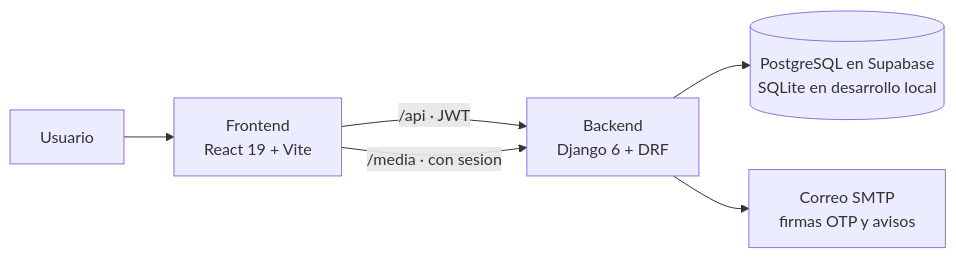
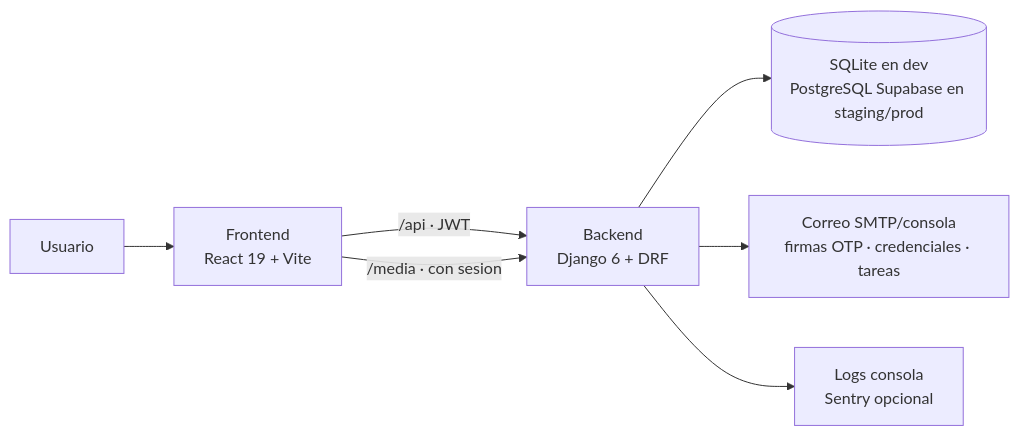
One commit to ColoradoDevv/proyecto-formativo-sagi changed the first of 4 diagrams in docs/arquitectura.md. Above: the diagram before and after it, drawn with Mermaid. The commit also changed other lines of this file and 10 other files, not shown here.

````diff
--- a/docs/arquitectura.md
+++ b/docs/arquitectura.md
@@ -7,8 +7,9 @@
 ```mermaid
 flowchart LR
     U[Usuario] --> F[Frontend\nReact 19 + Vite]
     F -->|/api · JWT| B[Backend\nDjango 6 + DRF]
     F -->|/media · con sesion| B
-    B --> DB[(PostgreSQL en Supabase\nSQLite en desarrollo local)]
-    B --> M[Correo SMTP\nfirmas OTP y avisos]
+    B --> DB[(SQLite en dev\nPostgreSQL Supabase en staging/prod)]
+    B --> M[Correo SMTP/consola\nfirmas OTP · credenciales · tareas]
+    B --> OB[Logs consola\nSentry opcional]
 ```
````
